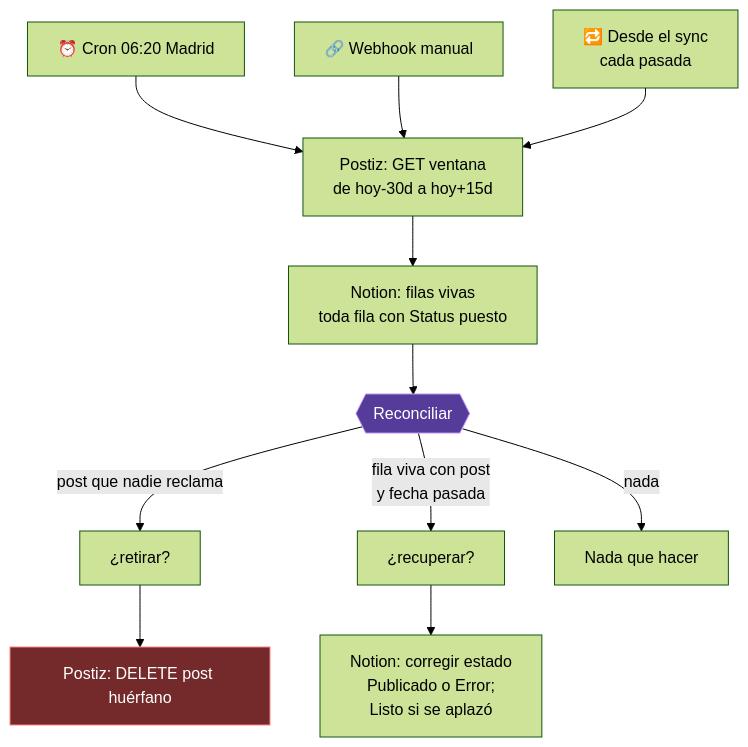
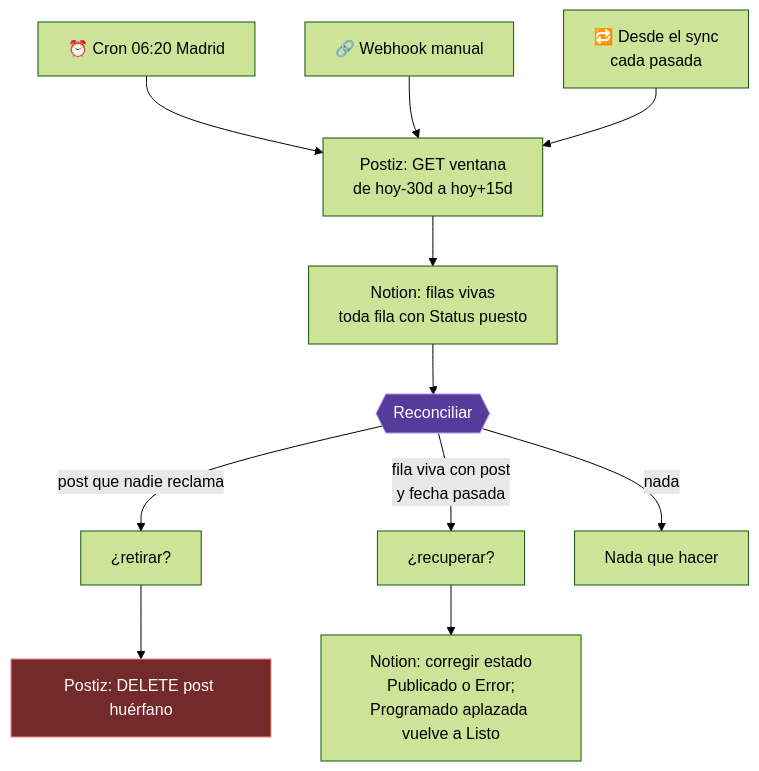
One commit to dustin-calderon/postiz-app changed the fifth of 11 diagrams in docs/architecture/CONTENT_PIPELINE_DIAGRAMS.md. Above: the diagram before and after it, drawn with Mermaid (forest theme). The commit also changed other lines of this file and 7 other files, not shown here.

````diff
--- a/docs/architecture/CONTENT_PIPELINE_DIAGRAMS.md
+++ b/docs/architecture/CONTENT_PIPELINE_DIAGRAMS.md
@@ -220,18 +220,18 @@
 ```mermaid
 flowchart TD
     CR["⏰ Cron 06:20 Madrid"] --> GP["Postiz: GET ventana<br/>de hoy-30d a hoy+15d"]
     WM["🔗 Webhook manual"] --> GP
     SY["🔁 Desde el sync<br/>cada pasada"] --> GP
     GP --> GN["Notion: filas vivas<br/>toda fila con Status puesto"]
     GN --> RECON{{"Reconciliar"}}
 
     RECON -->|"post que nadie reclama"| QR["¿retirar?"]
     RECON -->|"fila viva con post<br/>y fecha pasada"| QREC["¿recuperar?"]
     RECON -->|"nada"| NN["Nada que hacer"]
 
     QR --> DP["Postiz: DELETE post huérfano"]
-    QREC --> CE["Notion: corregir estado<br/>Publicado o Error;<br/>Listo si se aplazó"]
+    QREC --> CE["Notion: corregir estado<br/>Publicado o Error;<br/>Programado aplazada vuelve a Listo"]
 
     style RECON fill:#553c9a,stroke:#b794f4,color:#fff
     style DP fill:#742a2a,stroke:#fc8181,color:#fff
 ```
````
